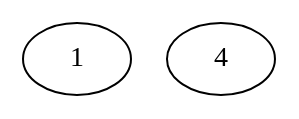
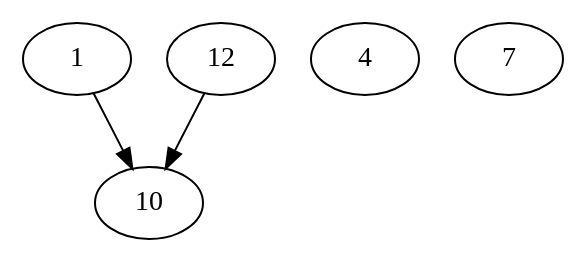
Before and after one commit to corradomio/java_projects: the diagram in check_jgrapht_spl/chainsCollapsed.dot, drawn with Graphviz. The commit also changed 10 other files, not shown here.

```diff
--- a/check_jgrapht_spl/chainsCollapsed.dot
+++ b/check_jgrapht_spl/chainsCollapsed.dot
@@ -1,4 +1,9 @@
 strict digraph G {
   1 [ label="1" ];
   2 [ label="4" ];
+  3 [ label="7" ];
+  4 [ label="10" ];
+  5 [ label="12" ];
+  5 -> 4;
+  1 -> 4;
 }
```
